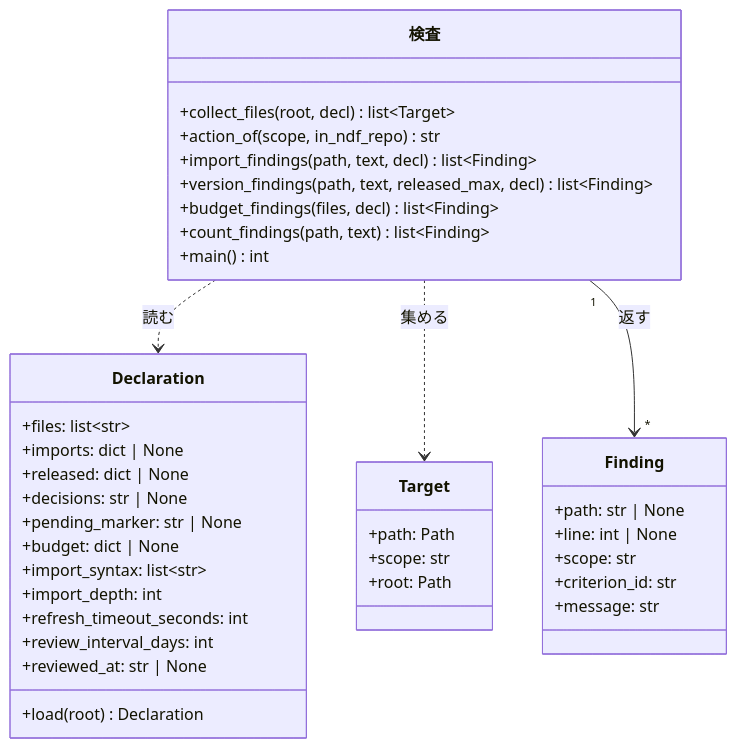
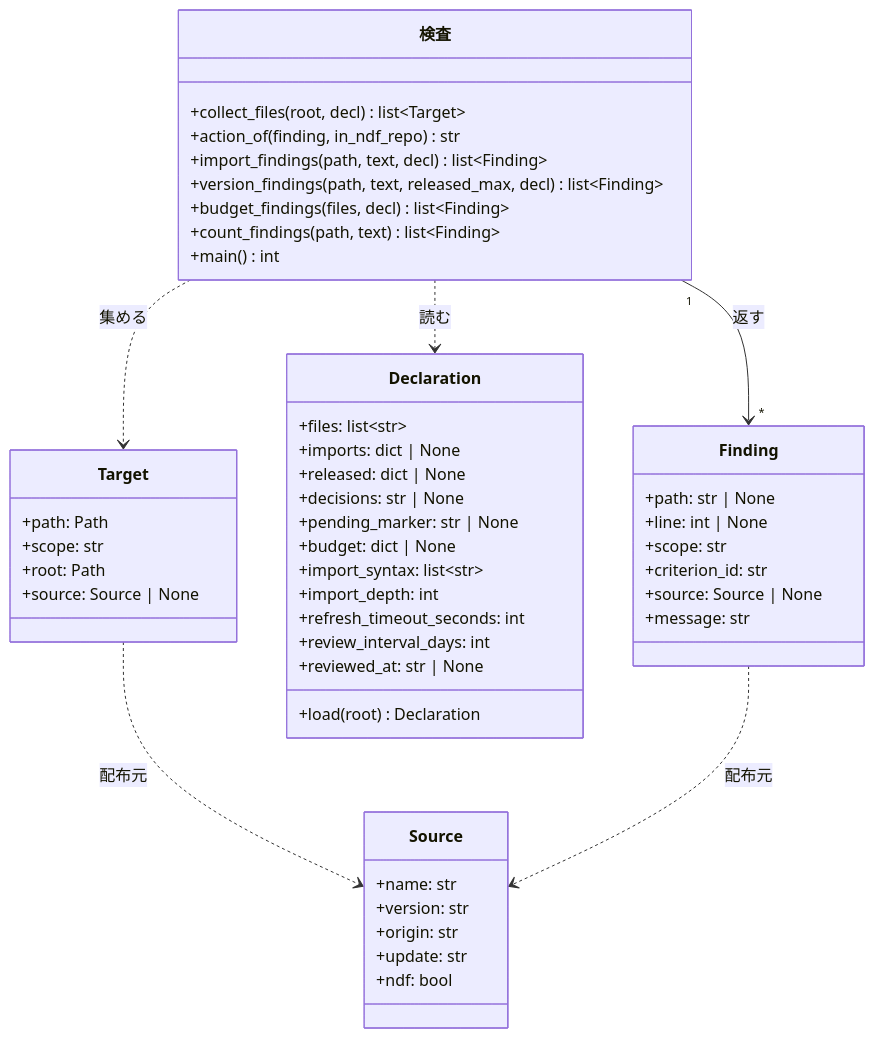
The second of 2 diagrams in issues/issue-554-design-criteria.md (devbasex/ai-plugins), drawn with Mermaid before and after one commit. The commit also changed other lines of this file and 4 other files, not shown here.

````diff
--- a/issues/issue-554-design-criteria.md
+++ b/issues/issue-554-design-criteria.md
@@ -246,41 +246,52 @@
 ```mermaid
 classDiagram
     class Finding {
         +path: str | None
         +line: int | None
         +scope: str
         +criterion_id: str
+        +source: Source | None
         +message: str
     }
     class Declaration {
         +files: list~str~
         +imports: dict | None
         +released: dict | None
         +decisions: str | None
         +pending_marker: str | None
         +budget: dict | None
         +import_syntax: list~str~
         +import_depth: int
         +refresh_timeout_seconds: int
         +review_interval_days: int
         +reviewed_at: str | None
         +load(root) Declaration
     }
     class 検査 {
         +collect_files(root, decl) list~Target~
-        +action_of(scope, in_ndf_repo) str
+        +action_of(finding, in_ndf_repo) str
         +import_findings(path, text, decl) list~Finding~
         +version_findings(path, text, released_max, decl) list~Finding~
         +budget_findings(files, decl) list~Finding~
         +count_findings(path, text) list~Finding~
         +main() int
     }
     class Target {
         +path: Path
         +scope: str
         +root: Path
+        +source: Source | None
+    }
+    class Source {
+        +name: str
+        +version: str
+        +origin: str
+        +update: str
+        +ndf: bool
     }
     検査 ..> Declaration: 読む
     検査 ..> Target: 集める
+    Target ..> Source: 配布元
+    Finding ..> Source: 配布元
     検査 "1" --> "*" Finding: 返す
 ```
````
